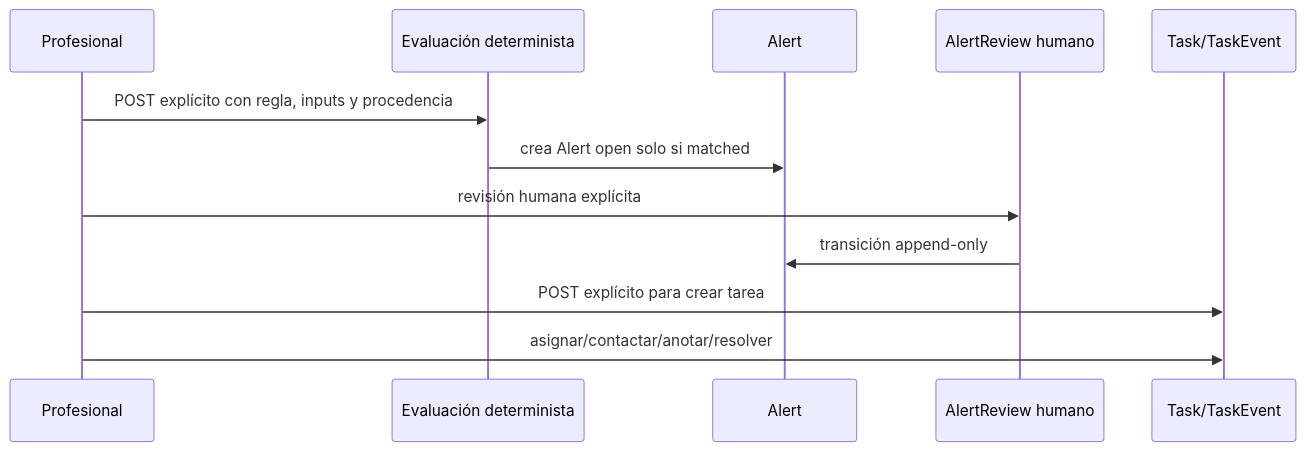
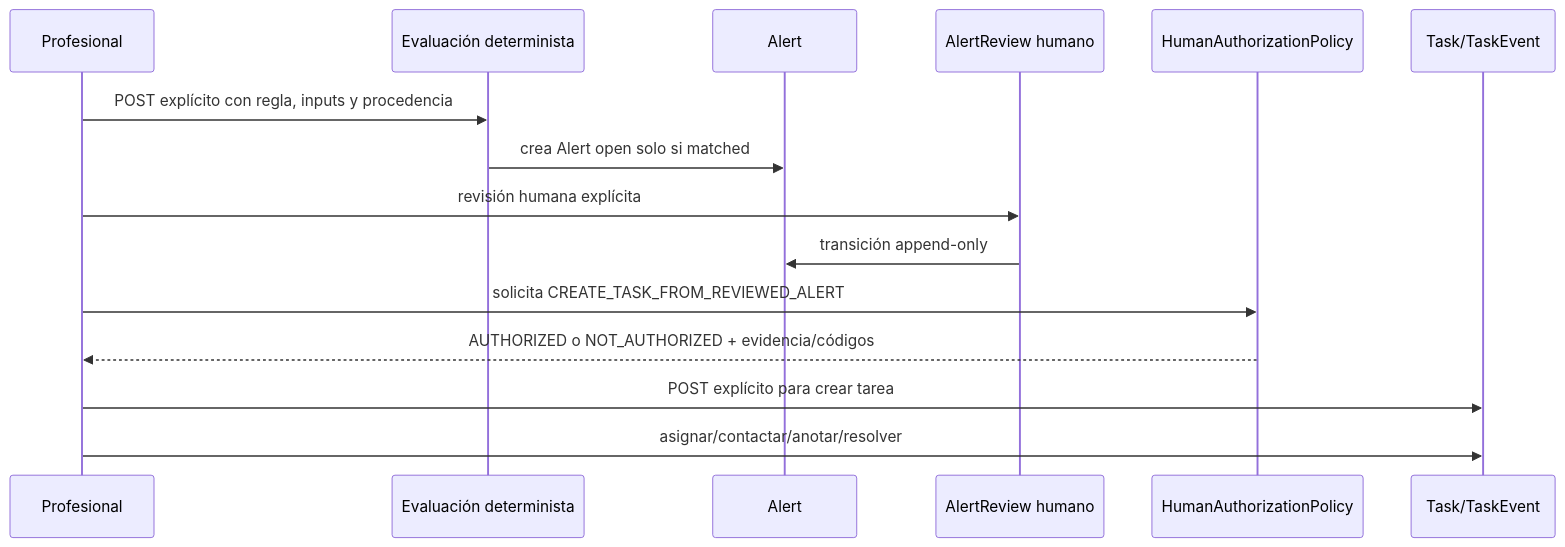
Before and after one commit to Luis195f/guardian-alta-segura: the third of 3 diagrams in docs/architecture/gas2-current-state.md, drawn with Mermaid. The commit also changed other lines of this file and 22 other files, not shown here.

Commit message:
refactor(gas2): formalize human authorization policy (#15)

````diff
--- a/docs/architecture/gas2-current-state.md
+++ b/docs/architecture/gas2-current-state.md
@@ -205,15 +211,18 @@
 ```mermaid
 sequenceDiagram
   participant P as Profesional
   participant R as Evaluación determinista
   participant A as Alert
   participant H as AlertReview humano
+  participant G as HumanAuthorizationPolicy
   participant T as Task/TaskEvent
 
   P->>R: POST explícito con regla, inputs y procedencia
   R->>A: crea Alert open solo si matched
   P->>H: revisión humana explícita
   H->>A: transición append-only
+  P->>G: solicita CREATE_TASK_FROM_REVIEWED_ALERT
+  G-->>P: AUTHORIZED o NOT_AUTHORIZED + evidencia/códigos
   P->>T: POST explícito para crear tarea
   P->>T: asignar/contactar/anotar/resolver
 ```
````
